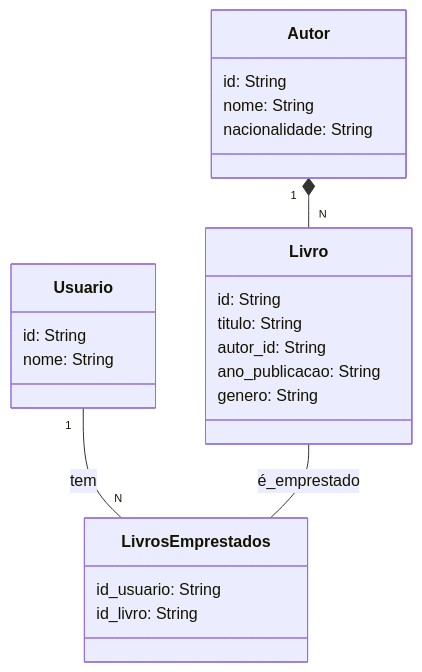
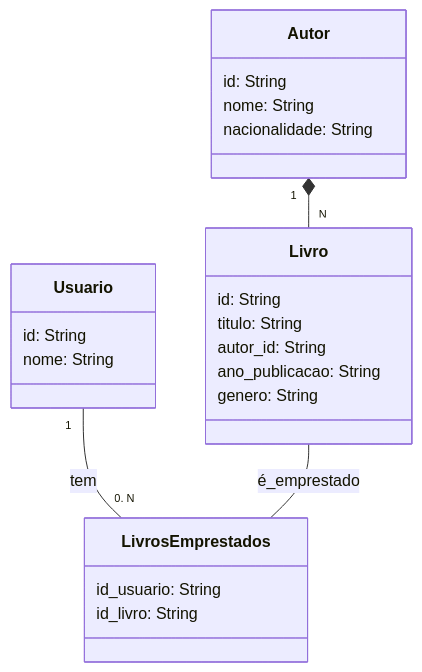
The diagram in santander-dev-week-2023/README.MD (rafael2051/Controle-de-Fluxo---Desafio), drawn with Mermaid before and after one commit.

````diff
--- a/santander-dev-week-2023/README.MD
+++ b/santander-dev-week-2023/README.MD
@@ -6,32 +6,32 @@
 ```mermaid
 classDiagram
     class Livro {
         id: String
         titulo: String
         autor_id: String
         ano_publicacao: String
         genero: String
     }
 
     class Autor {
         id: String
         nome: String
         nacionalidade: String
     }
 
     class Usuario {
         id: String
         nome: String
     }
 
     class LivrosEmprestados {
         id_usuario: String
         id_livro: String
     }
 
     Autor "1" *-- "N" Livro
-    Usuario "1" -- "N" LivrosEmprestados : tem
+    Usuario "1" -- "0, N" LivrosEmprestados : tem
     Livro -- LivrosEmprestados : é_emprestado
     
 
 ```
````
